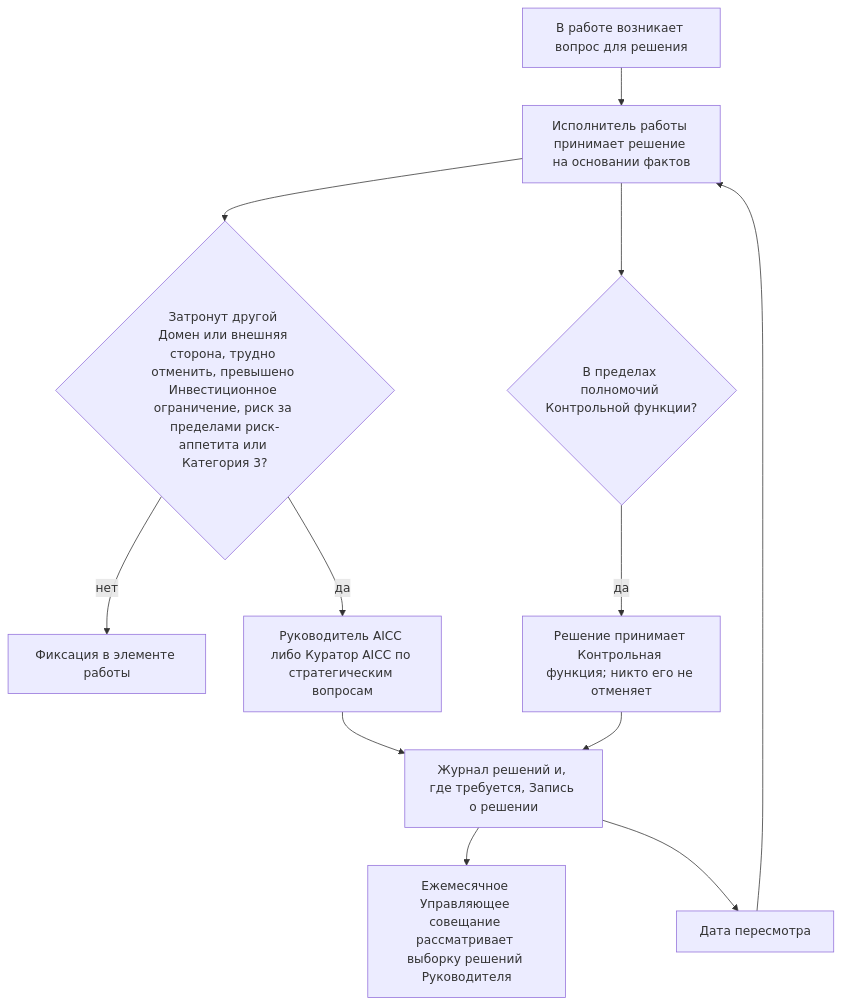
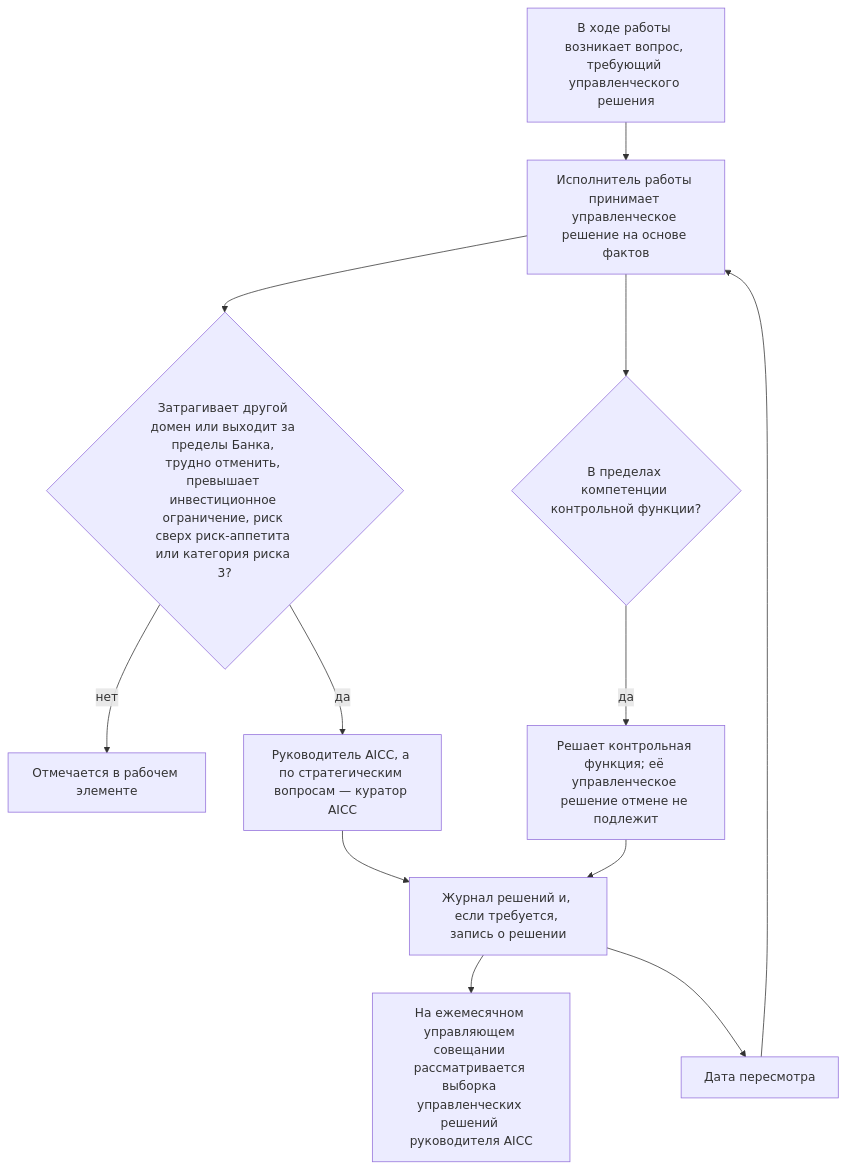
One commit to devhogu/ob-aicc changed the first of 8 diagrams in charter/ru/documents/operating-model.md. Above: the diagram before and after it, drawn with Mermaid. The commit also changed other lines of this file and 2 other files, not shown here.

````diff
--- a/charter/ru/documents/operating-model.md
+++ b/charter/ru/documents/operating-model.md
@@ -121,14 +121,14 @@
 ```mermaid
 flowchart TB
-  A["В работе возникает вопрос для решения"] --> B["Исполнитель работы принимает решение на основании фактов"]
-  B --> C{"Затронут другой Домен или внешняя сторона, трудно отменить, превышено Инвестиционное ограничение, риск за пределами риск-аппетита или Категория 3?"}
-  C -->|нет| D["Фиксация в элементе работы"]
-  C -->|да| E["Руководитель AICC либо Куратор AICC по стратегическим вопросам"]
-  B --> G{"В пределах полномочий Контрольной функции?"}
-  G -->|да| H["Решение принимает Контрольная функция; никто его не отменяет"]
-  E --> F["Журнал решений и, где требуется, Запись о решении"]
+  A["В ходе работы возникает вопрос, требующий управленческого решения"] --> B["Исполнитель работы принимает управленческое решение на основе фактов"]
+  B --> C{"Затрагивает другой домен или выходит за пределы Банка, трудно отменить, превышает инвестиционное ограничение, риск сверх риск-аппетита или категория риска 3?"}
+  C -->|нет| D["Отмечается в рабочем элементе"]
+  C -->|да| E["Руководитель AICC, а по стратегическим вопросам — куратор AICC"]
+  B --> G{"В пределах компетенции контрольной функции?"}
+  G -->|да| H["Решает контрольная функция; её управленческое решение отмене не подлежит"]
+  E --> F["Журнал решений и, если требуется, запись о решении"]
   H --> F
-  F --> S["Ежемесячное Управляющее совещание рассматривает выборку решений Руководителя"]
+  F --> S["На ежемесячном управляющем совещании рассматривается выборка управленческих решений руководителя AICC"]
   F --> R["Дата пересмотра"]
   R --> B
 ```
````
